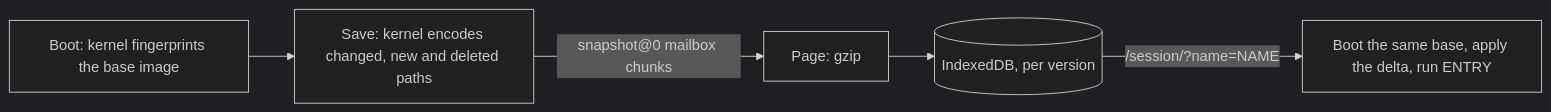
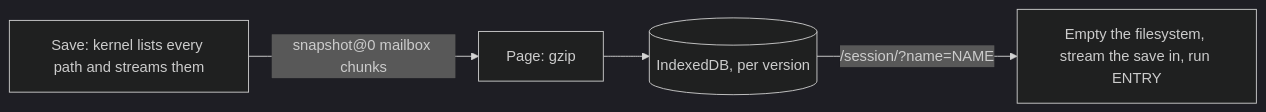
Before and after one commit to daugasauron/dolly: the diagram in docs/sessions.md, drawn with Mermaid (dark theme). The commit also changed other lines of this file and 20 other files, not shown here.

First line of the commit message:
Sessions: a save is the whole filesystem, and a restore boots from it without the image

````diff
--- a/docs/sessions.md
+++ b/docs/sessions.md
@@ -7,6 +8,5 @@
 ```mermaid
 flowchart LR
-  boot["Boot: kernel fingerprints the base image"] --> save["Save: kernel encodes changed, new and deleted paths"]
-  save -- "snapshot@0 mailbox chunks" --> gzip["Page: gzip"] --> idb[("IndexedDB, per version")]
-  idb -- "/session/?name=NAME" --> restore["Boot the same base, apply the delta, run ENTRY"]
+  save["Save: kernel lists every path and streams them"] -- "snapshot@0 mailbox chunks" --> gzip["Page: gzip"] --> idb[("IndexedDB, per version")]
+  idb -- "/session/?name=NAME" --> restore["Empty the filesystem, stream the save in, run ENTRY"]
 ```
````
